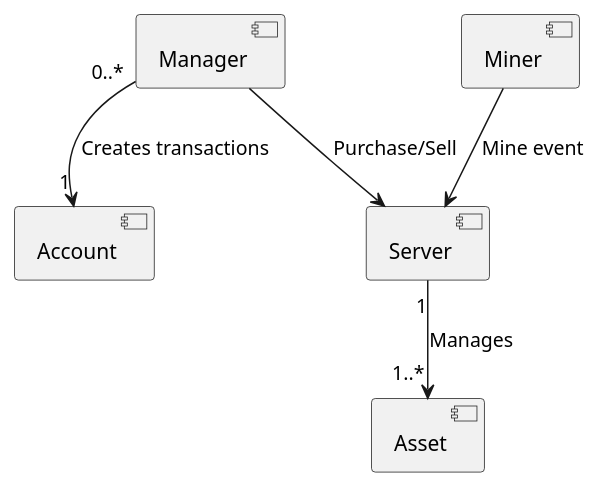
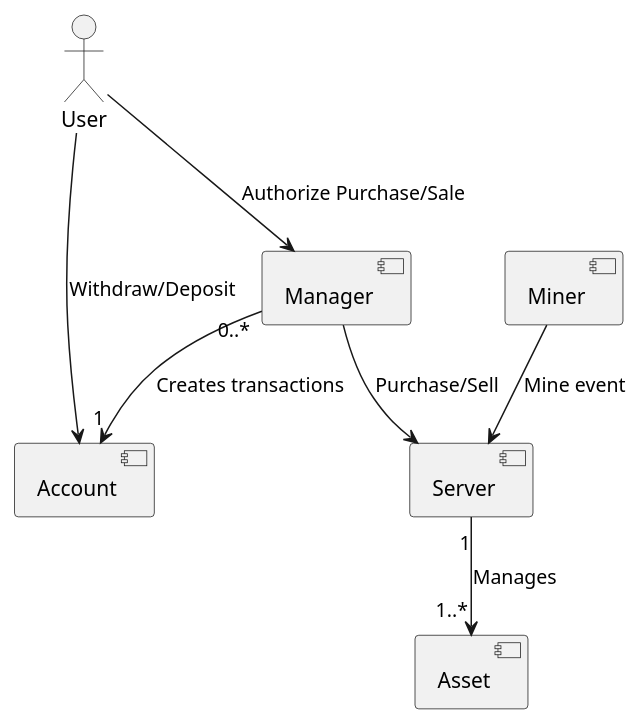
Before and after one commit to Avantika019-sys/APK-Bank-system: the first of 2 diagrams in report.md, drawn with PlantUML. The commit also changed other lines of this file and 12 other files, not shown here.

````diff
--- a/report.md
+++ b/report.md
@@ -42,17 +42,20 @@
 ```plantuml
 @startuml
+actor User
 ' Define components
     [Manager] 
     [Account]
     [Server]
     [Miner]
     [Asset]
 
 ' Define relationships
 Manager --> Server : Purchase/Sell
 Manager"0..*" --> "1"Account : Creates transactions
 Server"1" -->"1..*" Asset : Manages 
 Miner --> Server : Mine event
+User --> Account : Withdraw/Deposit
+User --> Manager : Authorize Purchase/Sale
 
 @enduml
 ```
````
